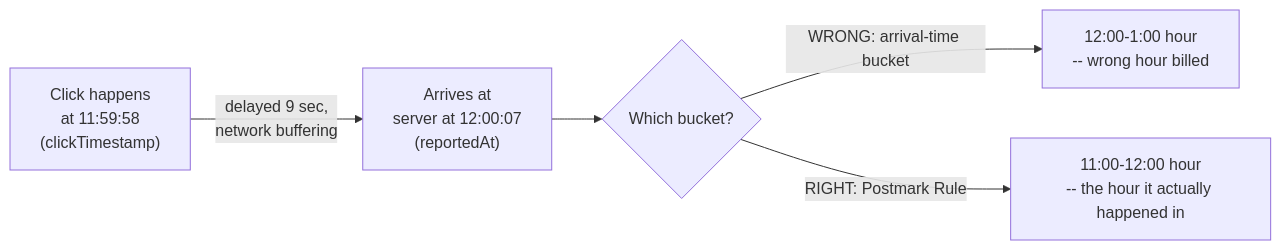
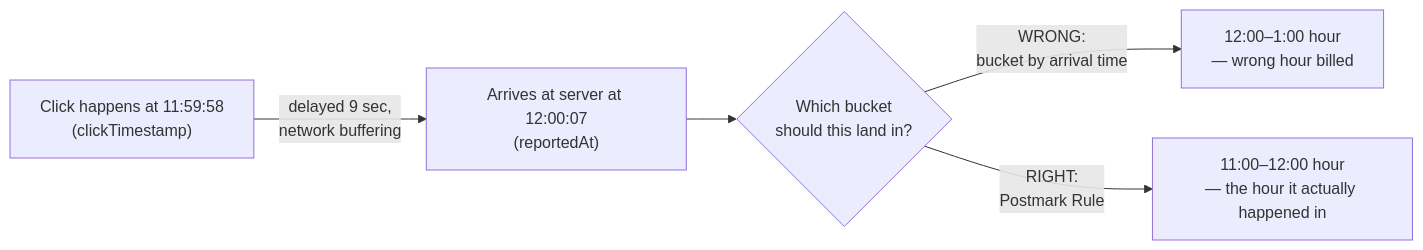
The fourth of 12 diagrams in system-design/HLD/0-course/63-Design-an-Ad-Click-Aggregation-System-FAANG-Guide-story.md (riyaz-pasha/Learnings), drawn with Mermaid before and after one commit. The commit also changed other lines of this file and 1 other file, not shown here.

Commit message:
[REWRITE] Ad Click Aggregation System story guide: simplify prose, add structure, fix diagrams

````diff
--- a/system-design/HLD/0-course/63-Design-an-Ad-Click-Aggregation-System-FAANG-Guide-story.md
+++ b/system-design/HLD/0-course/63-Design-an-Ad-Click-Aggregation-System-FAANG-Guide-story.md
@@ -95,7 +256,7 @@
 ```mermaid
 flowchart LR
-    A["Click happens\nat 11:59:58\n(clickTimestamp)"] -->|"delayed 9 sec,\nnetwork buffering"| B["Arrives at\nserver at 12:00:07\n(reportedAt)"]
-    B --> C{"Which bucket?"}
-    C -->|"WRONG: arrival-time bucket"| D["12:00-1:00 hour\n-- wrong hour billed"]
-    C -->|"RIGHT: Postmark Rule"| E["11:00-12:00 hour\n-- the hour it actually happened in"]
+    A["Click happens at 11:59:58<br/>(clickTimestamp)"] -->|"delayed 9 sec,<br/>network buffering"| B["Arrives at server at 12:00:07<br/>(reportedAt)"]
+    B --> C{"Which bucket<br/>should this land in?"}
+    C -->|"WRONG:<br/>bucket by arrival time"| D["12:00–1:00 hour<br/>— wrong hour billed"]
+    C -->|"RIGHT:<br/>Postmark Rule"| E["11:00–12:00 hour<br/>— the hour it actually happened in"]
 ```
````
